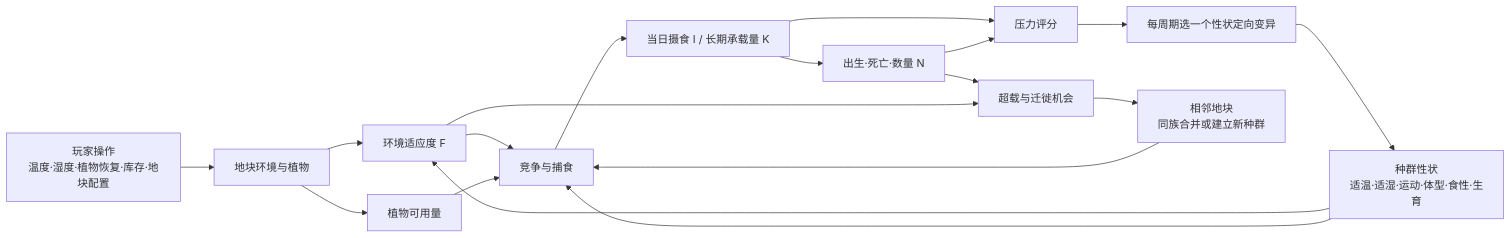
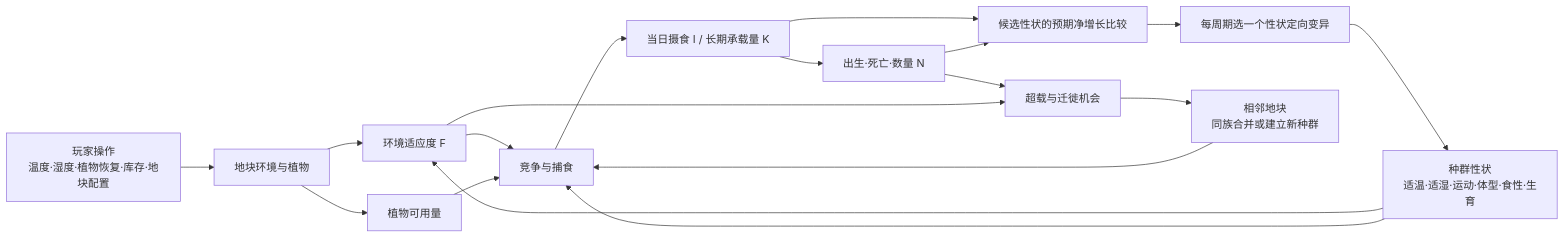
One commit to wangxizhenwang2-del/darwin-s-farm changed the diagram in Darwin's farm/BIOLOGICAL-SIMULATION-DESIGN.md. Above: the diagram before and after it, drawn with Mermaid. The commit also changed other lines of this file and 21 other files, not shown here.

````diff
--- a/Darwin's farm/BIOLOGICAL-SIMULATION-DESIGN.md
+++ b/Darwin's farm/BIOLOGICAL-SIMULATION-DESIGN.md
@@ -9,20 +9,20 @@
 ```mermaid
 flowchart LR
     A[玩家操作<br/>温度·湿度·植物恢复·库存·地块配置] --> B[地块环境与植物]
     B --> C[环境适应度 F]
     B --> D[植物可用量]
     C --> E[竞争与捕食]
     D --> E
     G[种群性状<br/>适温·适湿·运动·体型·食性·生育] --> C
     G --> E
     E --> H[当日摄食 I / 长期承载量 K]
     H --> J[出生·死亡·数量 N]
-    H --> L[压力评分]
+    H --> L[候选性状的预期净增长比较]
     J --> L
     L --> M[每周期选一个性状定向变异]
     M --> G
     J --> N[超载与迁徙机会]
     C --> N
     N --> O[相邻地块<br/>同族合并或建立新种群]
     O --> E
 ```
````
